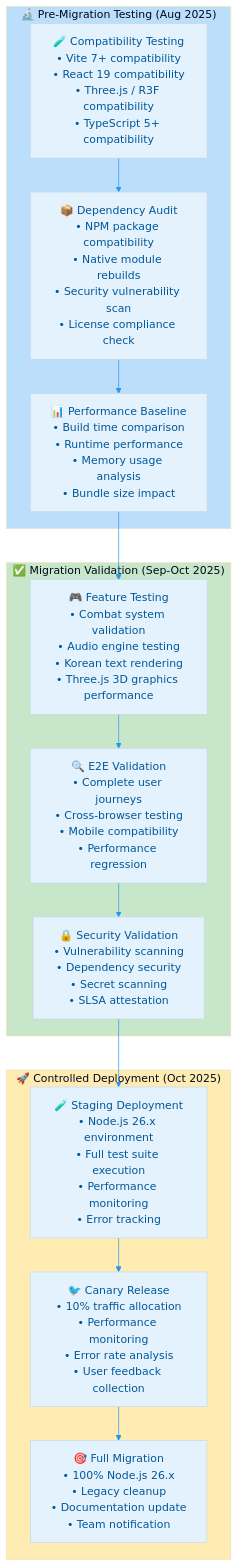
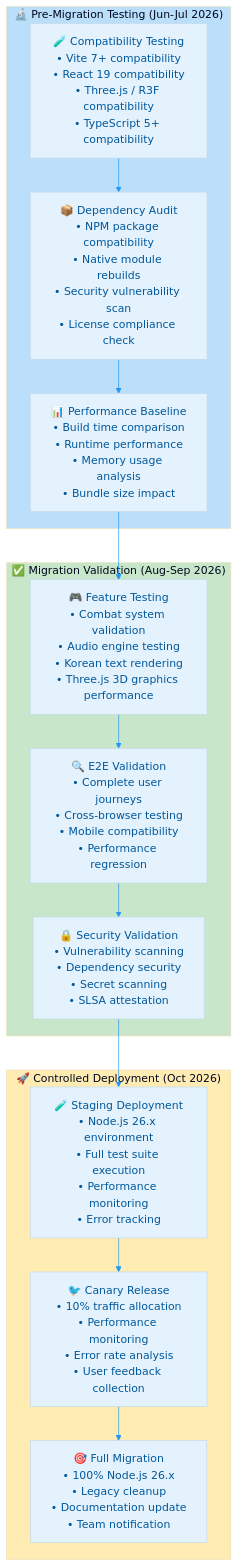
The third of 8 diagrams in End-of-Life-Strategy.md (Hack23/blacktrigram), drawn with Mermaid before and after one commit. The commit also changed other lines of this file and 1 other file, not shown here.

Commit message:
Address PR review feedback round 7: update migration flow dates, Three.js version format, CloudWatch free-tier wording, and mindmap component versions

````diff
--- a/End-of-Life-Strategy.md
+++ b/End-of-Life-Strategy.md
@@ -246,45 +246,45 @@
 ```mermaid
 %%{
   init: {
     'theme': 'base',
     'themeVariables': {
       'primaryColor': '#e3f2fd',
       'primaryTextColor': '#01579b',
       'lineColor': '#2196f3',
       'secondaryColor': '#f1f8e9',
       'tertiaryColor': '#fff8e1'
     }
   }
 }%%
 flowchart TB
-    subgraph PREPARATION["🔬 Pre-Migration Testing (Aug 2025)"]
+    subgraph PREPARATION["🔬 Pre-Migration Testing (Jun-Jul 2026)"]
         COMPAT_TEST["🧪 Compatibility Testing<br/>• Vite 7+ compatibility<br/>• React 19 compatibility<br/>• Three.js / R3F compatibility<br/>• TypeScript 5+ compatibility"]
         DEP_AUDIT["📦 Dependency Audit<br/>• NPM package compatibility<br/>• Native module rebuilds<br/>• Security vulnerability scan<br/>• License compliance check"]
         PERF_BASELINE["📊 Performance Baseline<br/>• Build time comparison<br/>• Runtime performance<br/>• Memory usage analysis<br/>• Bundle size impact"]
     end
 
-    subgraph VALIDATION["✅ Migration Validation (Sep-Oct 2025)"]
+    subgraph VALIDATION["✅ Migration Validation (Aug-Sep 2026)"]
         FEATURE_TEST["🎮 Feature Testing<br/>• Combat system validation<br/>• Audio engine testing<br/>• Korean text rendering<br/>• Three.js 3D graphics performance"]
         E2E_VALIDATION["🔍 E2E Validation<br/>• Complete user journeys<br/>• Cross-browser testing<br/>• Mobile compatibility<br/>• Performance regression"]
         SECURITY_SCAN["🔒 Security Validation<br/>• Vulnerability scanning<br/>• Dependency security<br/>• Secret scanning<br/>• SLSA attestation"]
     end
 
-    subgraph DEPLOYMENT["🚀 Controlled Deployment (Oct 2025)"]
+    subgraph DEPLOYMENT["🚀 Controlled Deployment (Oct 2026)"]
         STAGING_DEPLOY["🧪 Staging Deployment<br/>• Node.js 26.x environment<br/>• Full test suite execution<br/>• Performance monitoring<br/>• Error tracking"]
         CANARY_RELEASE["🐦 Canary Release<br/>• 10% traffic allocation<br/>• Performance monitoring<br/>• Error rate analysis<br/>• User feedback collection"]
         FULL_MIGRATION["🎯 Full Migration<br/>• 100% Node.js 26.x<br/>• Legacy cleanup<br/>• Documentation update<br/>• Team notification"]
     end
 
     COMPAT_TEST --> DEP_AUDIT
     DEP_AUDIT --> PERF_BASELINE
     PERF_BASELINE --> FEATURE_TEST
     FEATURE_TEST --> E2E_VALIDATION
     E2E_VALIDATION --> SECURITY_SCAN
     SECURITY_SCAN --> STAGING_DEPLOY
     STAGING_DEPLOY --> CANARY_RELEASE
     CANARY_RELEASE --> FULL_MIGRATION
 
     style PREPARATION fill:#bbdefb
     style VALIDATION fill:#c8e6c9
     style DEPLOYMENT fill:#ffecb3
 ```
````
